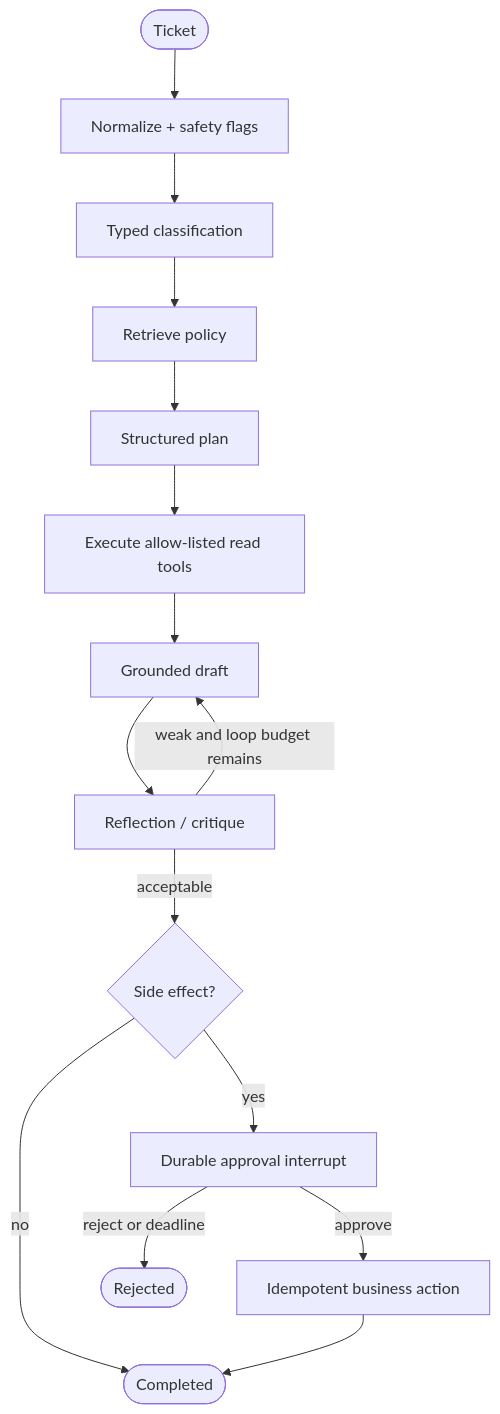
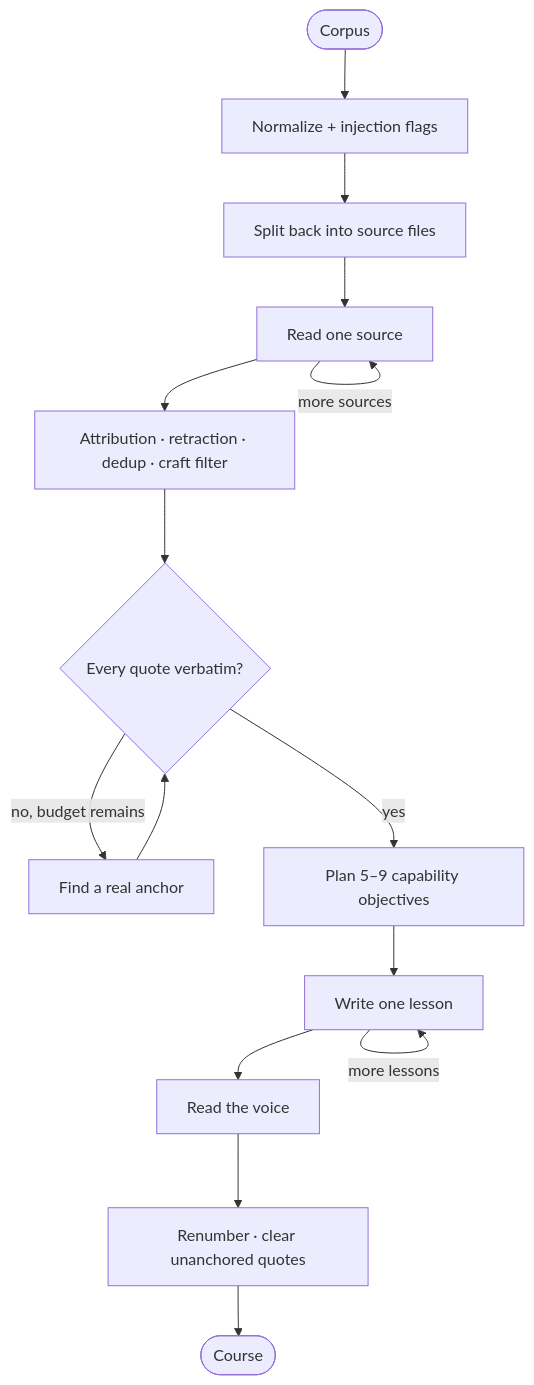
Before and after one commit to conghan-tay/KPI-Courses: the second of 2 diagrams in README.md, drawn with Mermaid. The commit also changed other lines of this file and 103 other files, not shown here.

Commit message:
add be and graph

````diff
--- a/README.md
+++ b/README.md
@@ -57,17 +63,17 @@
 ```mermaid
 flowchart TD
-    Start(["Ticket"]) --> Safety["Normalize + safety flags"]
-    Safety --> Classify["Typed classification"]
-    Classify --> Retrieve["Retrieve policy"]
-    Retrieve --> Plan["Structured plan"]
-    Plan --> ReadTool["Execute allow-listed read tools"]
-    ReadTool --> Draft["Grounded draft"]
-    Draft --> Critique["Reflection / critique"]
-    Critique -->|"weak and loop budget remains"| Draft
-    Critique -->|"acceptable"| Risk{"Side effect?"}
-    Risk -->|"no"| Done(["Completed"])
-    Risk -->|"yes"| Pause["Durable approval interrupt"]
-    Pause -->|"reject or deadline"| Rejected(["Rejected"])
-    Pause -->|"approve"| Action["Idempotent business action"]
-    Action --> Done
+    Start(["Corpus"]) --> Sanitize["Normalize + injection flags"]
+    Sanitize --> Segment["Split back into source files"]
+    Segment --> Read["Read one source"]
+    Read -->|"more sources"| Read
+    Read --> Resolve["Attribution · retraction · dedup · craft filter"]
+    Resolve --> Verify{"Every quote verbatim?"}
+    Verify -->|"no, budget remains"| Repair["Find a real anchor"]
+    Repair --> Verify
+    Verify -->|"yes"| Plan["Plan 5–9 capability objectives"]
+    Plan --> Write["Write one lesson"]
+    Write -->|"more lessons"| Write
+    Write --> Voice["Read the voice"]
+    Voice --> Assemble["Renumber · clear unanchored quotes"]
+    Assemble --> Done(["Course"])
 ```
````
